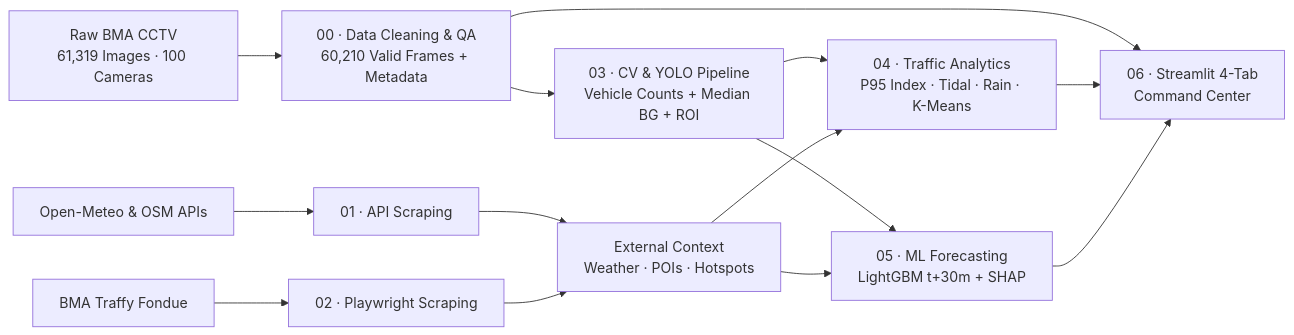
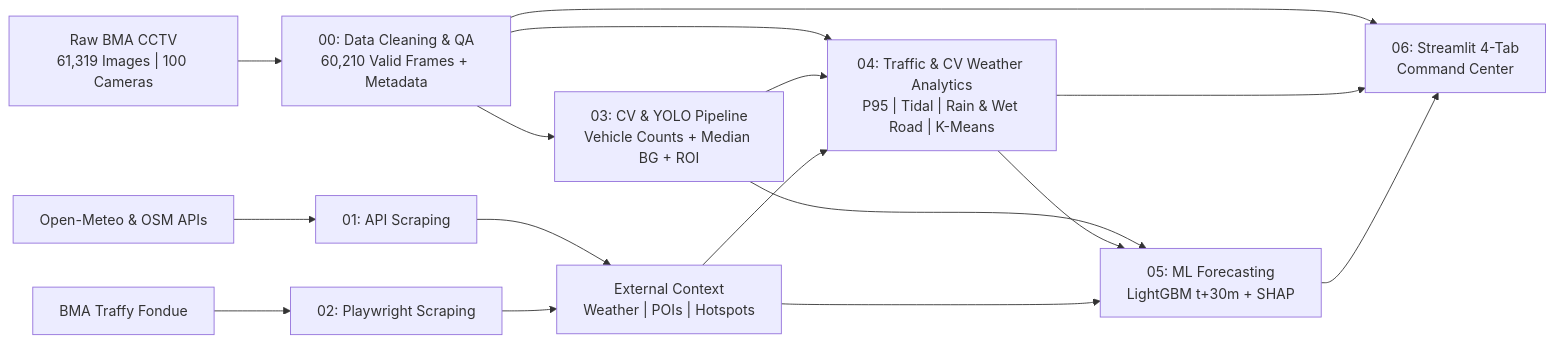
Before and after one commit to nontaphatfirm/BKK-Pulse: the diagram in README.md, drawn with Mermaid. The commit also changed other lines of this file and 17 other files, not shown here.

````diff
--- a/README.md
+++ b/README.md
@@ -29,16 +29,18 @@
 ```mermaid
 flowchart LR
-    RAW["Raw BMA CCTV<br/>61,319 Images · 100 Cameras"] --> T00["00 · Data Cleaning & QA<br/>60,210 Valid Frames + Metadata"]
-    T00 --> T03["03 · CV & YOLO Pipeline<br/>Vehicle Counts + Median BG + ROI"]
-    API["Open-Meteo & OSM APIs"] --> T01["01 · API Scraping"]
-    WEB["BMA Traffy Fondue"] --> T02["02 · Playwright Scraping"]
-    T01 --> EXT["External Context<br/>Weather · POIs · Hotspots"]
+    RAW["Raw BMA CCTV<br/>61,319 Images | 100 Cameras"] --> T00["00: Data Cleaning & QA<br/>60,210 Valid Frames + Metadata"]
+    T00 --> T03["03: CV & YOLO Pipeline<br/>Vehicle Counts + Median BG + ROI"]
+    API["Open-Meteo & OSM APIs"] --> T01["01: API Scraping"]
+    WEB["BMA Traffy Fondue"] --> T02["02: Playwright Scraping"]
+    T01 --> EXT["External Context<br/>Weather | POIs | Hotspots"]
     T02 --> EXT
-    T03 --> T04["04 · Traffic Analytics<br/>P95 Index · Tidal · Rain · K-Means"]
-    T03 --> T05["05 · ML Forecasting<br/>LightGBM t+30m + SHAP"]
+    T00 --> T04["04: Traffic & CV Weather Analytics<br/>P95 | Tidal | Rain & Wet Road | K-Means"]
+    T03 --> T04
+    T03 --> T05["05: ML Forecasting<br/>LightGBM t+30m + SHAP"]
+    T04 --> T05
     EXT --> T04
     EXT --> T05
-    T00 --> T06["06 · Streamlit 4-Tab<br/>Command Center"]
+    T00 --> T06["06: Streamlit 4-Tab<br/>Command Center"]
     T04 --> T06
     T05 --> T06
 ```
````
